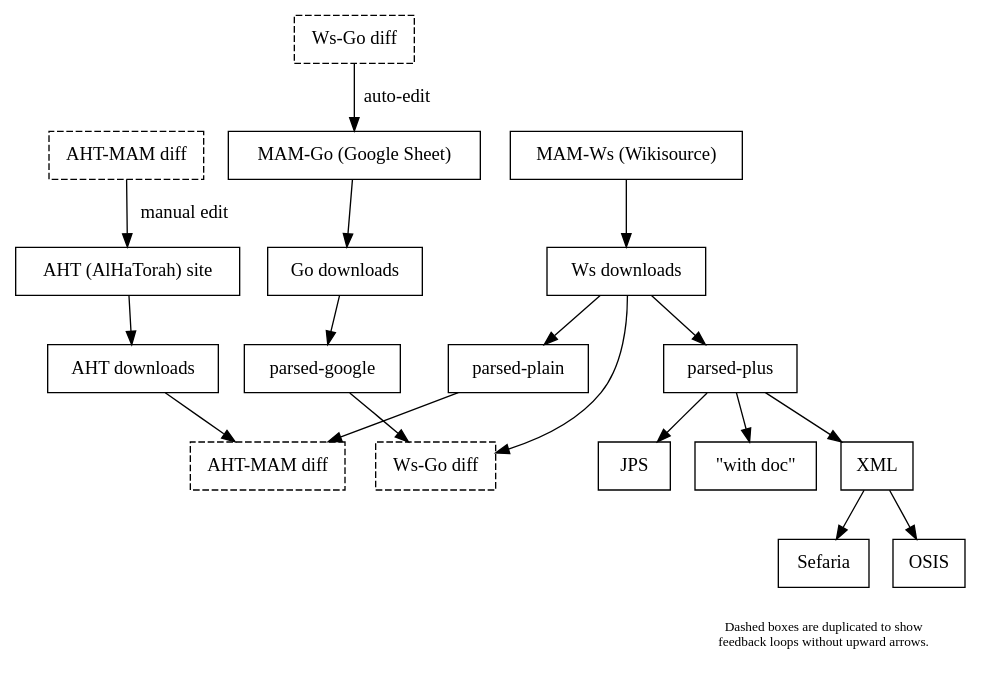
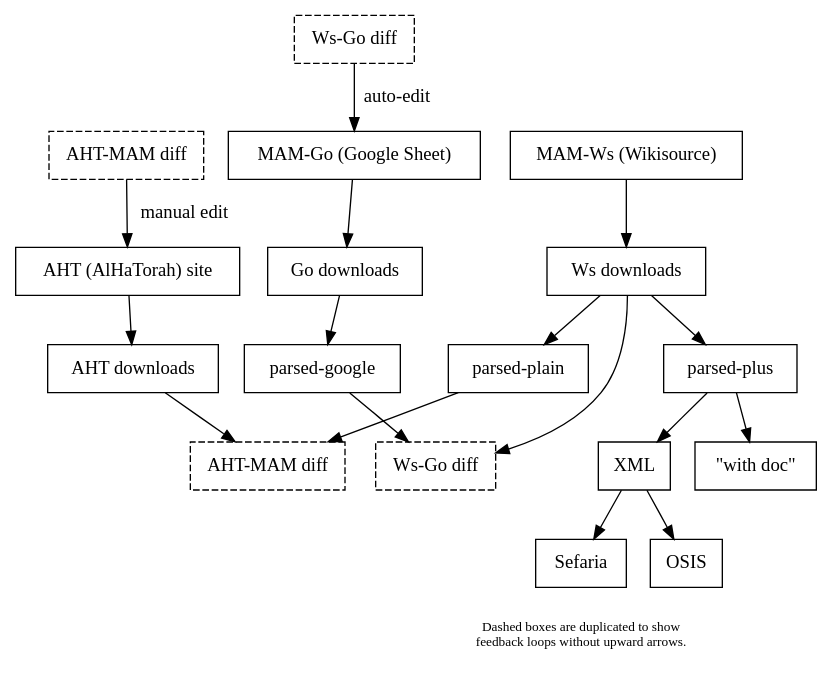
One commit to bdenckla/MAM-basics changed the diagram in doc/process-documentation/MAM-process.dot. Above: the diagram before and after it, drawn with Graphviz. The commit also changed 1 other file, not shown here.

Commit message:
MAM-process.dot: remove the JPS output node
The JPS work happened in a separate repository, and there are no plans to
continue it, so no generator here produces a JPS output. Ben's decision,
2026-09-13. The SVG is re-rendered by py/main_pipeline_graph.py; pipeline.dot
and pipeline.svg came out unchanged.

```diff
--- a/doc/process-documentation/MAM-process.dot
+++ b/doc/process-documentation/MAM-process.dot
@@ -1,75 +1,73 @@
 digraph "MAM process" {
     rankdir=TB
     node [shape=box]
 
     // Sources
     AHT_site        [label="AHT (AlHaTorah) site"]
     MAM_Go          [label="MAM-Go (Google Sheet)"]
     MAM_Ws          [label="MAM-Ws (Wikisource)"]
 
     // Downloads
     AHT_downloads   [label="AHT downloads"]
     Go_downloads    [label="Go downloads"]
     Ws_downloads    [label="Ws downloads"]
 
     // Parsed
     parsed_google   [label="parsed-google"]
     parsed_plain    [label="parsed-plain"]
     parsed_plus     [label="parsed-plus"]
     {rank=same parsed_google parsed_plain parsed_plus}
     parsed_google -> parsed_plain [style=invis]
     parsed_plain -> parsed_plus [style=invis]
 
     // Diffs (dashed = pure sinks, broken from feedback loops)
     AHT_MAM_diff    [label="AHT-MAM diff" style=dashed]
     Ws_Go_diff      [label="Ws-Go diff" style=dashed]
 
     // Output formats
     XML             [label="XML"]
-    JPS             [label="JPS"]
     with_doc        [label="\"with doc\""]
 
 
     // XML sub-formats
     Sefaria         [label="Sefaria"]
 
     OSIS            [label="OSIS"]
 
     // Source -> Download
     AHT_site -> AHT_downloads
     MAM_Go -> Go_downloads
     MAM_Ws -> Ws_downloads
 
     // Download -> Parsed
     Go_downloads -> parsed_google
     Ws_downloads -> parsed_plain
     Ws_downloads -> parsed_plus
 
     // Parsed -> Diffs
     parsed_plain -> AHT_MAM_diff
     parsed_google -> Ws_Go_diff
     AHT_downloads -> AHT_MAM_diff
     Ws_downloads -> Ws_Go_diff
 
     // Broken feedback loops (dashed source nodes)
     AHT_MAM_diff_source [label="AHT-MAM diff" style=dashed]
     Ws_Go_diff_source   [label="Ws-Go diff" style=dashed]
 
     AHT_MAM_diff_source -> AHT_site [label="manual edit"]
     Ws_Go_diff_source -> MAM_Go    [label="auto-edit"]
 
     // parsed-plus -> Output formats
     parsed_plus -> XML
-    parsed_plus -> JPS
     parsed_plus -> with_doc
 
 
     // XML -> Sub-formats
     XML -> Sefaria
 
     XML -> OSIS
 
     // Caption
     caption [label="Dashed boxes are duplicated to show\nfeedback loops without upward arrows." shape=plaintext fontsize=10]
     {rank=sink caption}
 }
```
